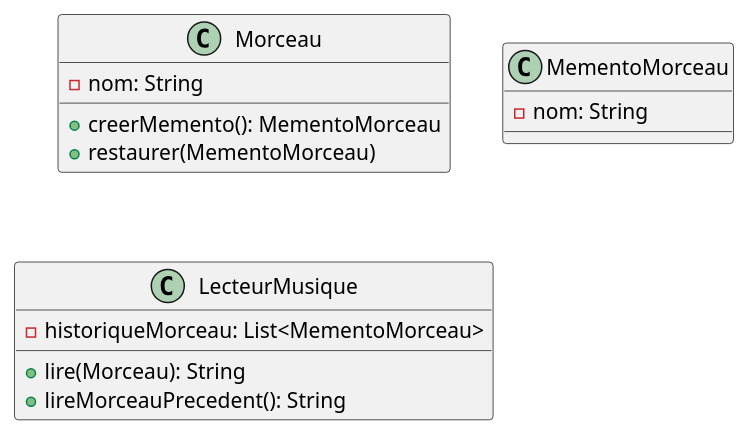
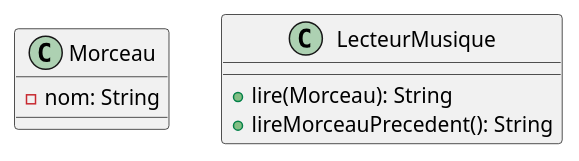
One commit to jandry/design-pattern changed the diagram in src/uml/memento.puml. Above: the diagram before and after it, drawn with PlantUML. The commit also changed 5 other files, not shown here.

```diff
--- a/src/uml/memento.puml
+++ b/src/uml/memento.puml
@@ -1,19 +1,12 @@
 @startuml Memento
 
 class Morceau {
     - nom: String
-    + creerMemento(): MementoMorceau
-    + restaurer(MementoMorceau)
-}
-
-class MementoMorceau {
-    - nom: String
 }
 
 class LecteurMusique {
-    - historiqueMorceau: List<MementoMorceau>
     + lire(Morceau): String
     + lireMorceauPrecedent(): String
 }
 
 @enduml
```
